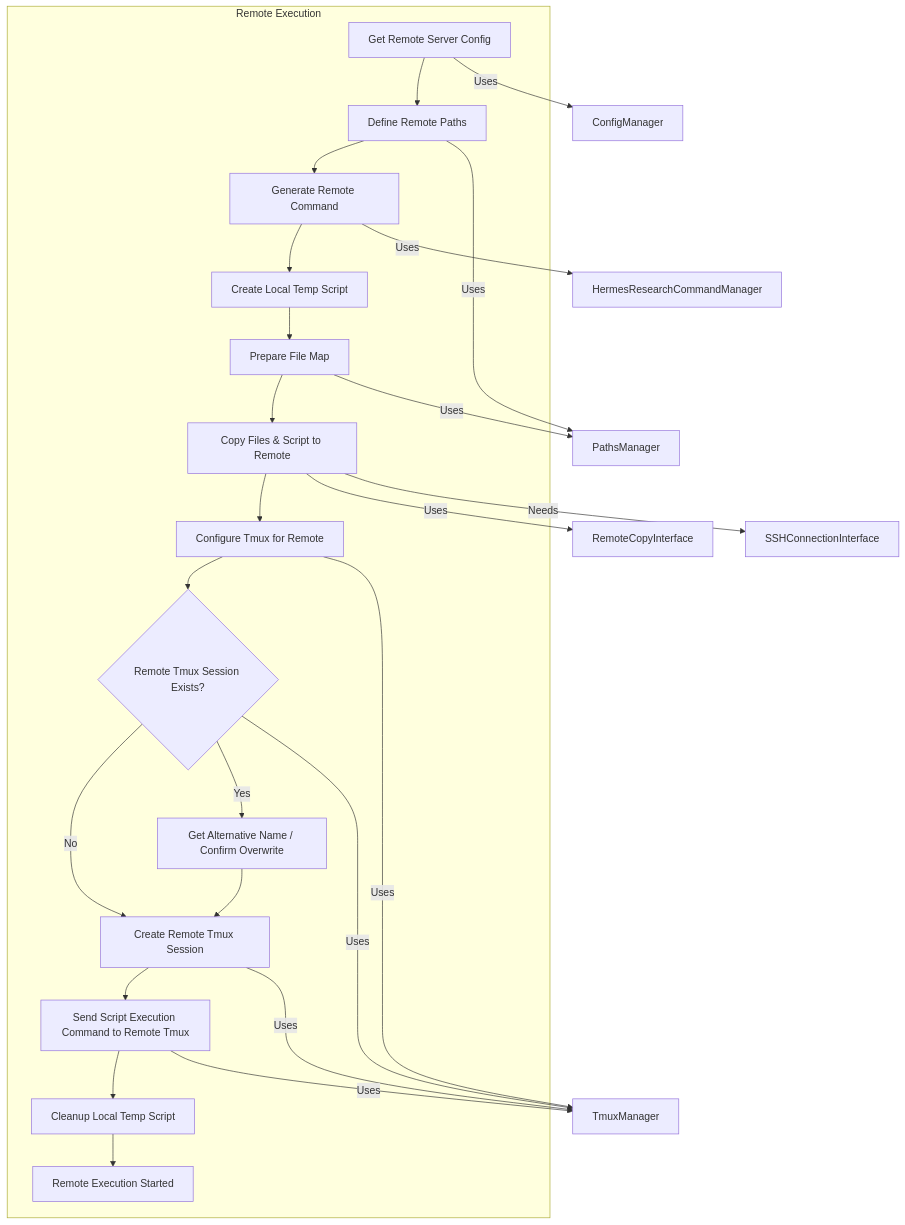
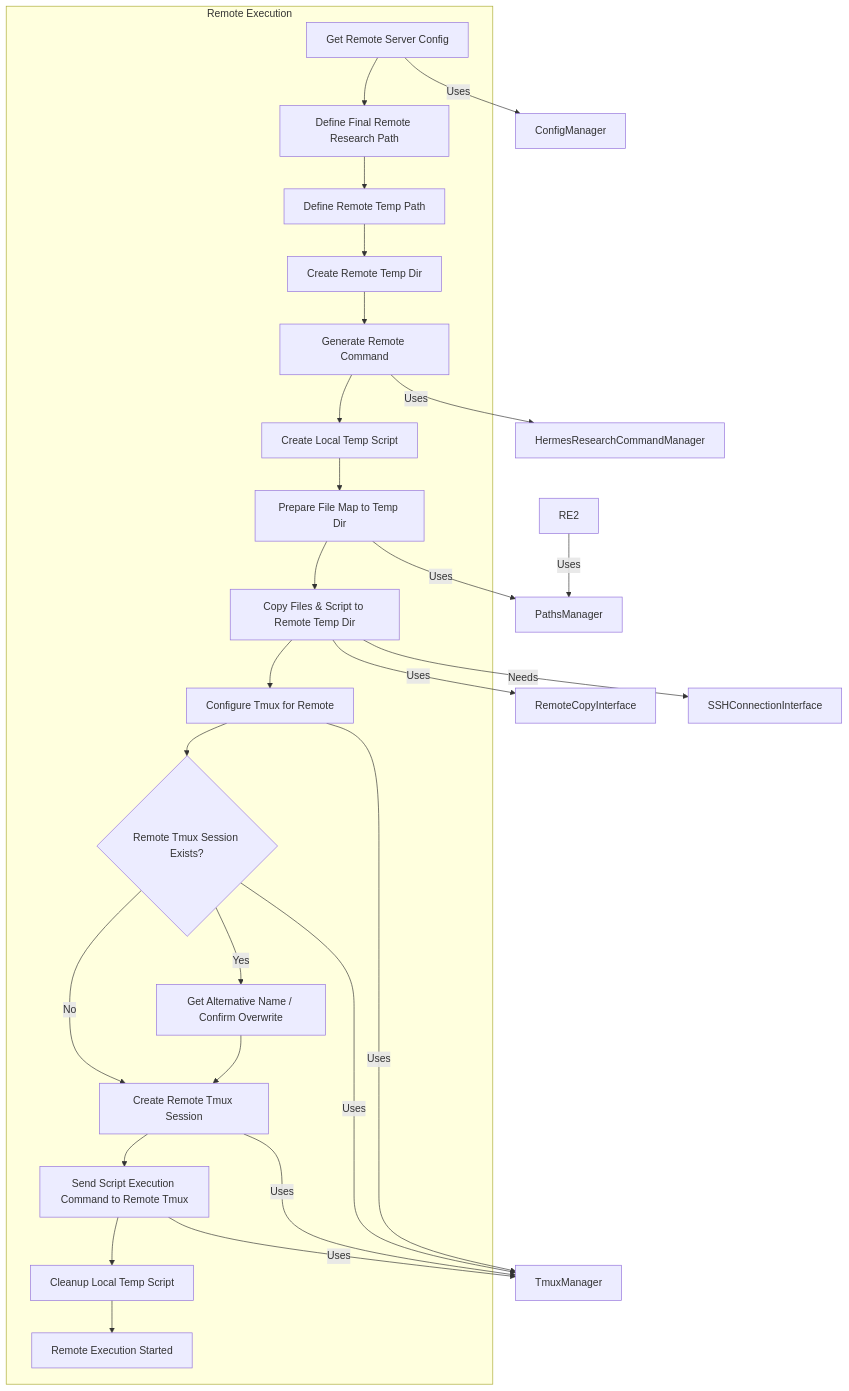
Before and after one commit to KoStard/hermes_research: the third of 3 diagrams in docs/cli_implementation_plan.md, drawn with Mermaid. The commit also changed other lines of this file and 4 other files, not shown here.

````diff
--- a/docs/cli_implementation_plan.md
+++ b/docs/cli_implementation_plan.md
@@ -98,30 +98,32 @@
 ```mermaid
 graph TD
     subgraph Remote Execution
-        RE1[Get Remote Server Config] --> RE2[Define Remote Paths];
-        RE2 --> RE3[Generate Remote Command];
+        RE1[Get Remote Server Config] --> RE1a[Define Final Remote Research Path];
+        RE1a --> RE1b[Define Remote Temp Path];
+        RE1b --> RE1c[Create Remote Temp Dir];
+        RE1c --> RE3[Generate Remote Command];
         RE3 --> RE4[Create Local Temp Script];
-        RE4 --> RE5[Prepare File Map];
-        RE5 --> RE6[Copy Files & Script to Remote];
+        RE4 --> RE5[Prepare File Map to Temp Dir];
+        RE5 --> RE6[Copy Files & Script to Remote Temp Dir];
         RE6 --> RE7[Configure Tmux for Remote];
         RE7 --> RE8{Remote Tmux Session Exists?};
         RE8 -- No --> RE9[Create Remote Tmux Session];
         RE8 -- Yes --> RE10[Get Alternative Name / Confirm Overwrite];
         RE10 --> RE9;
         RE9 --> RE11[Send Script Execution Command to Remote Tmux];
         RE11 --> RE12[Cleanup Local Temp Script];
         RE12 --> RE_End[Remote Execution Started];
     end
 
     RE1 -- Uses --> dep1[ConfigManager];
     RE2 -- Uses --> dep3[PathsManager];
     RE3 -- Uses --> dep4[HermesResearchCommandManager];
     RE5 -- Uses --> dep3;
     RE6 -- Uses --> dep6[RemoteCopyInterface];
     RE6 -- Needs --> dep7[SSHConnectionInterface];
     RE7 -- Uses --> dep5[TmuxManager];
     RE8 -- Uses --> dep5;
     RE9 -- Uses --> dep5;
     RE11 -- Uses --> dep5;
 
 ```
````
